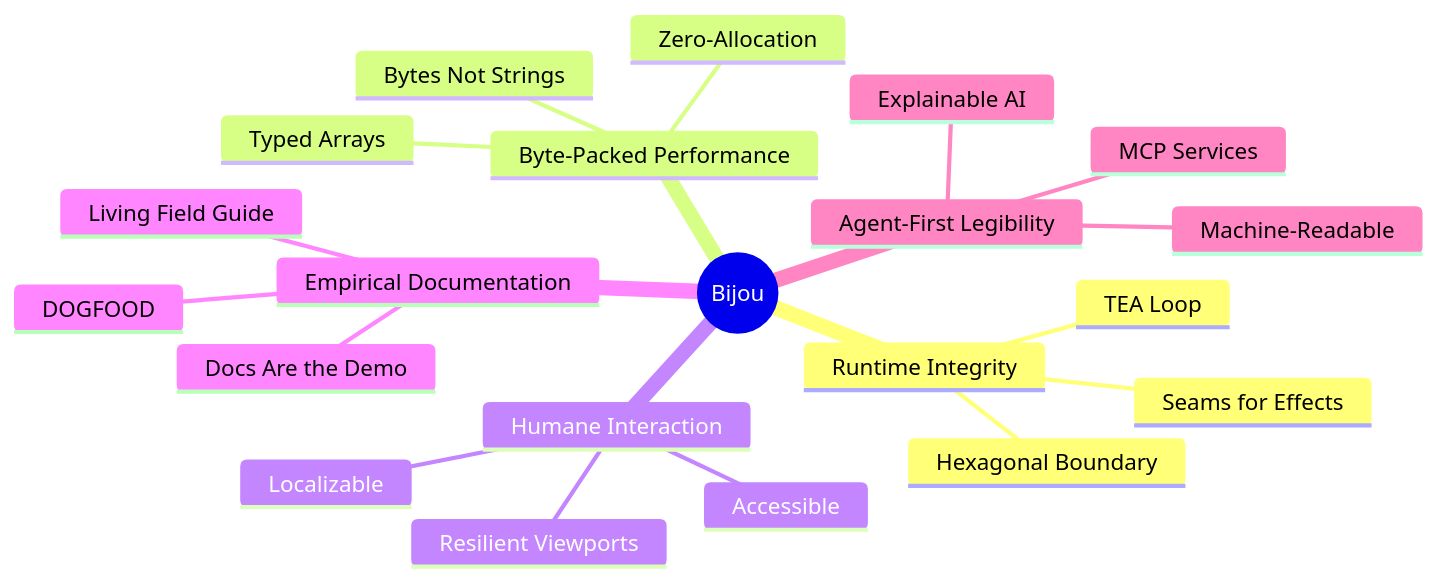
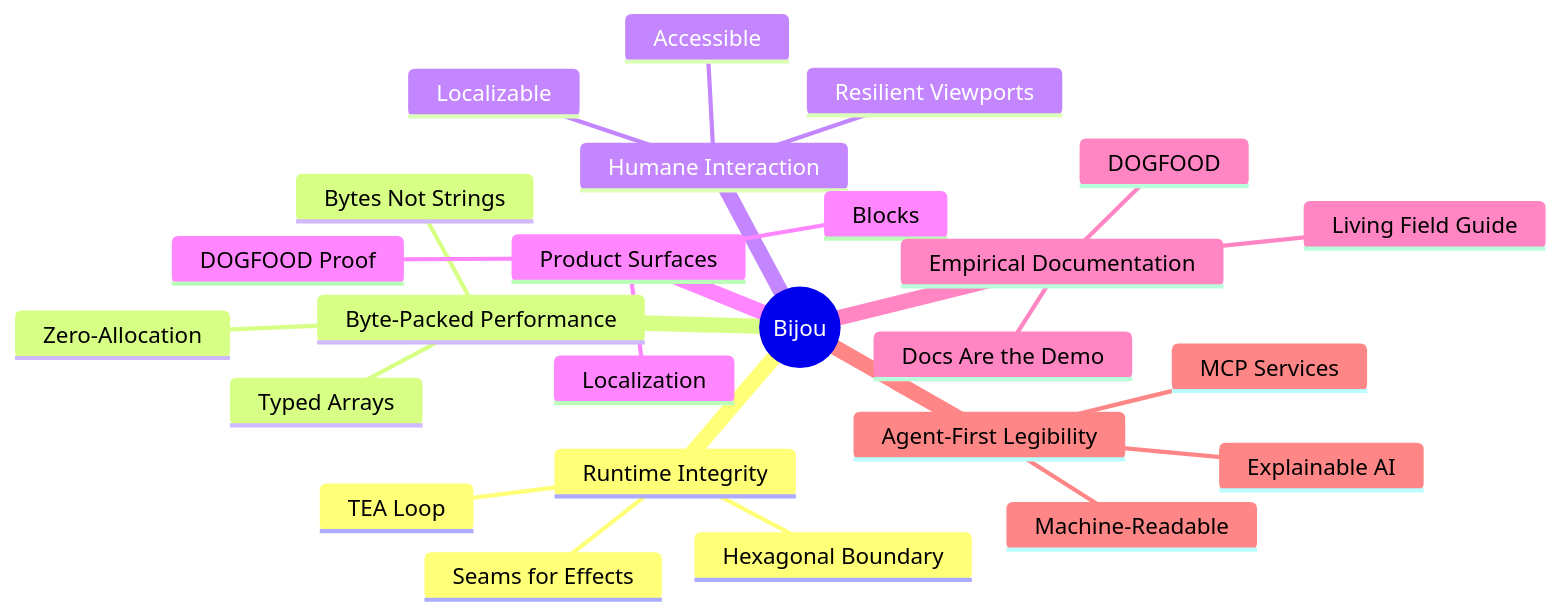
The diagram in docs/VISION.md (flyingrobots/bijou), drawn with Mermaid before and after one commit. The commit also changed other lines of this file and 1 other file, not shown here.

Commit message:
docs: align vision and bearing with dogfood coverage

````diff
--- a/docs/VISION.md
+++ b/docs/VISION.md
@@ -5,24 +5,28 @@
 ```mermaid
 mindmap
     root((Bijou))
         Runtime Integrity
             TEA Loop
             Seams for Effects
             Hexagonal Boundary
         Byte-Packed Performance
             Typed Arrays
             Zero-Allocation
             Bytes Not Strings
         Humane Interaction
             Accessible
             Localizable
             Resilient Viewports
+        Product Surfaces
+            Blocks
+            Localization
+            DOGFOOD Proof
         Empirical Documentation
             DOGFOOD
             Living Field Guide
             Docs Are the Demo
         Agent-First Legibility
             MCP Services
             Machine-Readable
             Explainable AI
 ```
````
